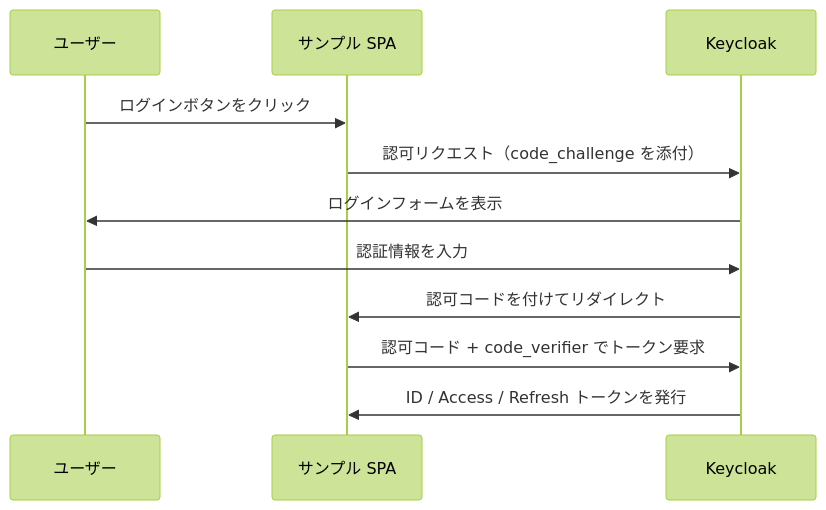
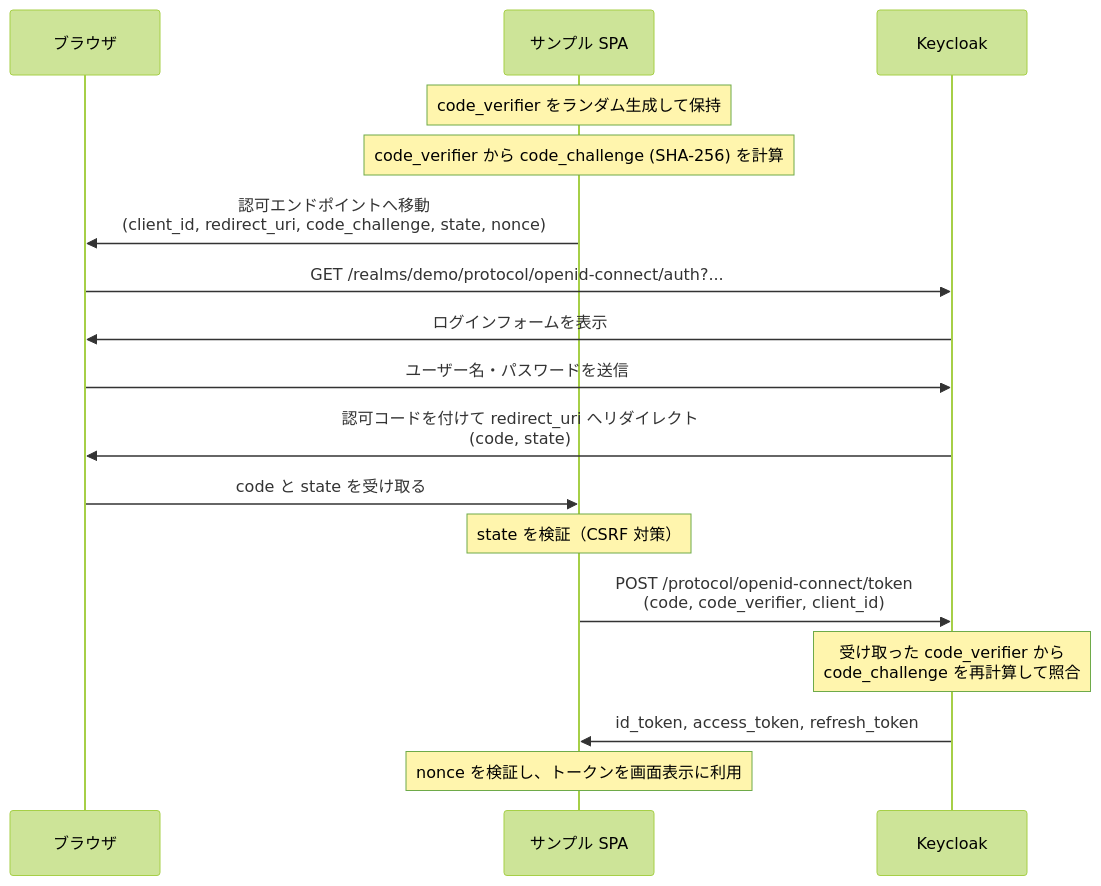
The diagram in src/content/docs/part2-concepts/3-auth-code-pkce.md (asakaicode/keycloak-practice-for-application-engineer), drawn with Mermaid (forest theme) before and after one commit. The commit also changed other lines of this file and 15 other files, not shown here.

````diff
--- a/src/content/docs/part2-concepts/3-auth-code-pkce.md
+++ b/src/content/docs/part2-concepts/3-auth-code-pkce.md
@@ -12,14 +13,21 @@
 ```mermaid
 sequenceDiagram
-    participant User as ユーザー
+    participant Browser as ブラウザ
     participant SPA as サンプル SPA
     participant KC as Keycloak
 
-    User->>SPA: ログインボタンをクリック
-    SPA->>KC: 認可リクエスト（code_challenge を添付）
-    KC->>User: ログインフォームを表示
-    User->>KC: 認証情報を入力
-    KC->>SPA: 認可コードを付けてリダイレクト
-    SPA->>KC: 認可コード + code_verifier でトークン要求
-    KC->>SPA: ID / Access / Refresh トークンを発行
+    Note over SPA: code_verifier をランダム生成して保持
+    Note over SPA: code_verifier から code_challenge (SHA-256) を計算
+
+    SPA->>Browser: 認可エンドポイントへ移動<br/>(client_id, redirect_uri, code_challenge, state, nonce)
+    Browser->>KC: GET /realms/demo/protocol/openid-connect/auth?...
+    KC->>Browser: ログインフォームを表示
+    Browser->>KC: ユーザー名・パスワードを送信
+    KC->>Browser: 認可コードを付けて redirect_uri へリダイレクト<br/>(code, state)
+    Browser->>SPA: code と state を受け取る
+    Note over SPA: state を検証（CSRF 対策）
+    SPA->>KC: POST /protocol/openid-connect/token<br/>(code, code_verifier, client_id)
+    Note over KC: 受け取った code_verifier から<br/>code_challenge を再計算して照合
+    KC->>SPA: id_token, access_token, refresh_token
+    Note over SPA: nonce を検証し、トークンを画面表示に利用
 ```
````
